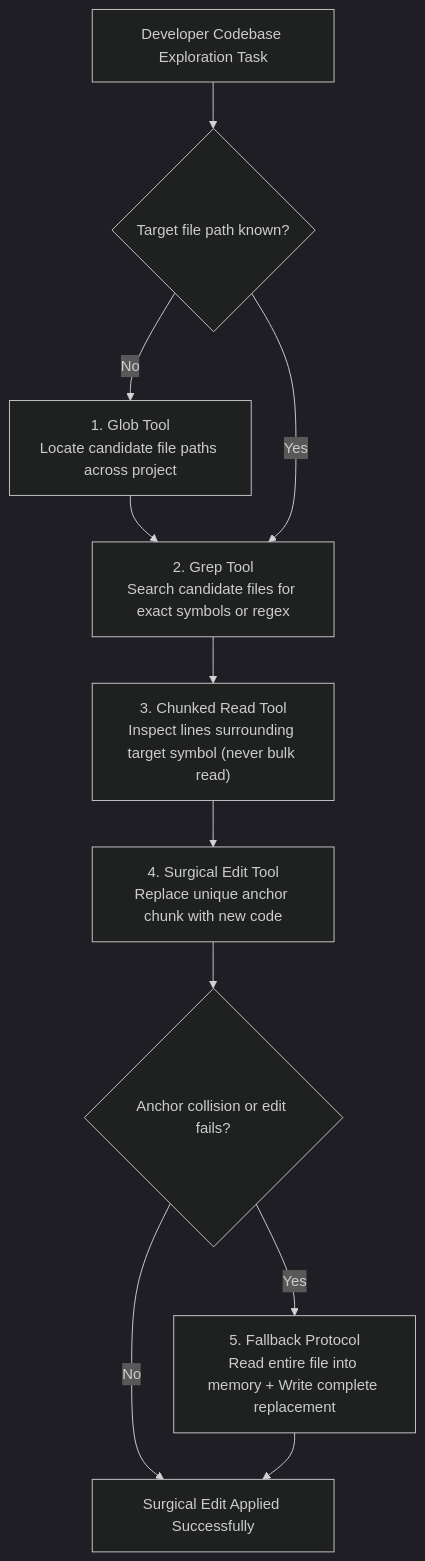
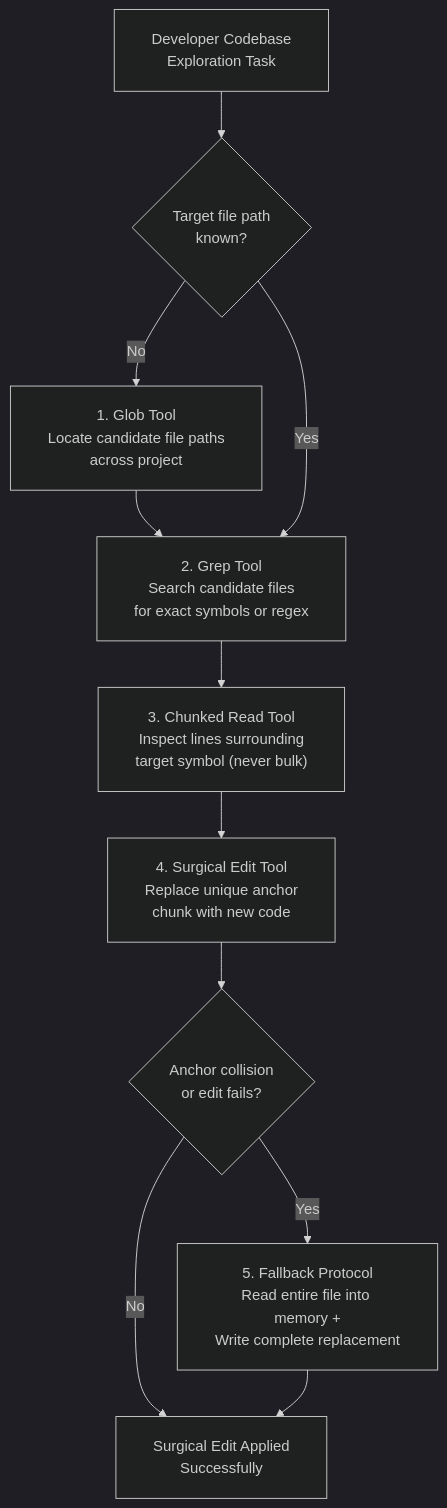
Before and after one commit to dip4k/claude_cert_architect_foundation_prep: the sixth of 6 diagrams in scenarios/MASTER_SCENARIO_PRACTICE.md, drawn with Mermaid (dark theme). The commit also changed other lines of this file and 31 other files, not shown here.

First line of the commit message:
docs(diagrams): fix text trimming, padding, and layout in all mermaid diagrams

````diff
--- a/scenarios/MASTER_SCENARIO_PRACTICE.md
+++ b/scenarios/MASTER_SCENARIO_PRACTICE.md
@@ -129,16 +134,17 @@
 ```mermaid
+%%{init: {"flowchart": {"htmlLabels": true, "padding": 20}}}%%
 flowchart TD
-    Task["Developer Codebase Exploration Task"] --> KnowPath{"Target file path known?"}
+    Task["Developer Codebase<br/>Exploration Task"] --> KnowPath{"Target file path<br/>known?"}
     
-    KnowPath -- "No" --> Step1["1. Glob Tool<br/>Locate candidate file paths across project"]
-    Step1 --> Step2["2. Grep Tool<br/>Search candidate files for exact symbols or regex"]
+    KnowPath -- "No" --> Step1["1. Glob Tool<br/>Locate candidate file paths<br/>across project"]
+    Step1 --> Step2["2. Grep Tool<br/>Search candidate files<br/>for exact symbols or regex"]
     KnowPath -- "Yes" --> Step2
     
-    Step2 --> Step3["3. Chunked Read Tool<br/>Inspect lines surrounding target symbol (never bulk read)"]
-    Step3 --> Step4["4. Surgical Edit Tool<br/>Replace unique anchor chunk with new code"]
+    Step2 --> Step3["3. Chunked Read Tool<br/>Inspect lines surrounding<br/>target symbol (never bulk)"]
+    Step3 --> Step4["4. Surgical Edit Tool<br/>Replace unique anchor<br/>chunk with new code"]
     
-    Step4 --> Collision{"Anchor collision or edit fails?"}
-    Collision -- "No" --> EditSuccess["Surgical Edit Applied Successfully"]
-    Collision -- "Yes" --> FallbackProtocol["5. Fallback Protocol<br/>Read entire file into memory + Write complete replacement"]
+    Step4 --> Collision{"Anchor collision<br/>or edit fails?"}
+    Collision -- "No" --> EditSuccess["Surgical Edit Applied<br/>Successfully"]
+    Collision -- "Yes" --> FallbackProtocol["5. Fallback Protocol<br/>Read entire file into memory +<br/>Write complete replacement"]
     FallbackProtocol --> EditSuccess
 ```
````
